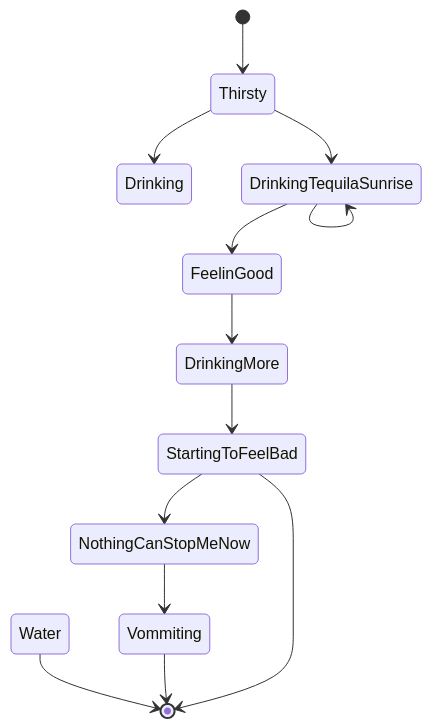
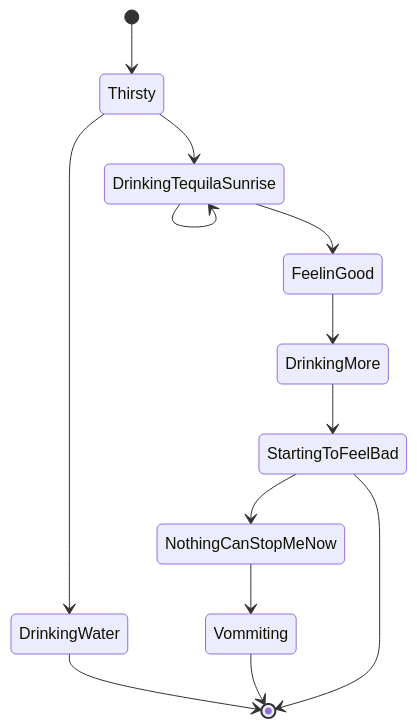
Before and after one commit to MilanNemet/TeamWork: the third of 3 diagrams in README.md, drawn with Mermaid.

````diff
--- a/README.md
+++ b/README.md
@@ -17,15 +17,15 @@
 ```mermaid
   stateDiagram-v2
 [*] --> Thirsty
-Thirsty --> Drinking Water
-Drinking Water --> [*]
+Thirsty --> DrinkingWater
+DrinkingWater --> [*]
 Thirsty --> DrinkingTequilaSunrise
 DrinkingTequilaSunrise --> DrinkingTequilaSunrise
 DrinkingTequilaSunrise --> FeelinGood
 FeelinGood --> DrinkingMore
 DrinkingMore --> StartingToFeelBad
 StartingToFeelBad --> NothingCanStopMeNow
 NothingCanStopMeNow --> Vommiting
 Vommiting --> [*]
 StartingToFeelBad --> [*]
 ```
````
